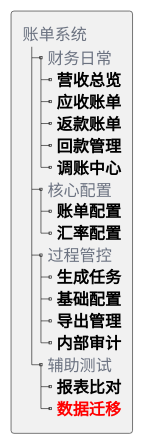
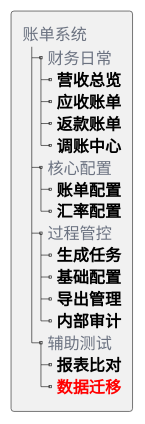
Before and after one commit to jack888332/projects-doc: the diagram in product-caliber/bms/prd/账单系统/PRD.账单系统.第022篇.术语与功能入口.7460531813.md, drawn with PlantUML. The commit also changed other lines of this file and 11 other files, not shown here.

````diff
--- a/product-caliber/bms/prd/账单系统/PRD.账单系统.第022篇.术语与功能入口.7460531813.md
+++ b/product-caliber/bms/prd/账单系统/PRD.账单系统.第022篇.术语与功能入口.7460531813.md
@@ -40,26 +39,25 @@
 ```plantuml
 @startuml
 skinparam defaultFontName Microsoft YaHei
 
 rectangle tree [
   <color:#6B7280>账单系统</color>
   |_ <color:#6B7280>财务日常</color>
     |_ <b>营收总览</b>
     |_ <b>应收账单</b>
     |_ <b>返款账单</b>
-    |_ <b>回款管理</b>
     |_ <b>调账中心</b>
   |_ <color:#6B7280>核心配置</color>
     |_ <b>账单配置</b>
     |_ <b>汇率配置</b>
   |_ <color:#6B7280>过程管控</color>
     |_ <b>生成任务</b>
     |_ <b>基础配置</b>
     |_ <b>导出管理</b>
     |_ <b>内部审计</b>
   |_ <color:#6B7280>辅助测试</color>
     |_ <b>报表比对</b>
     |_ <color:red><b>数据迁移</b></color>
 ]
 @enduml
 ```
````
